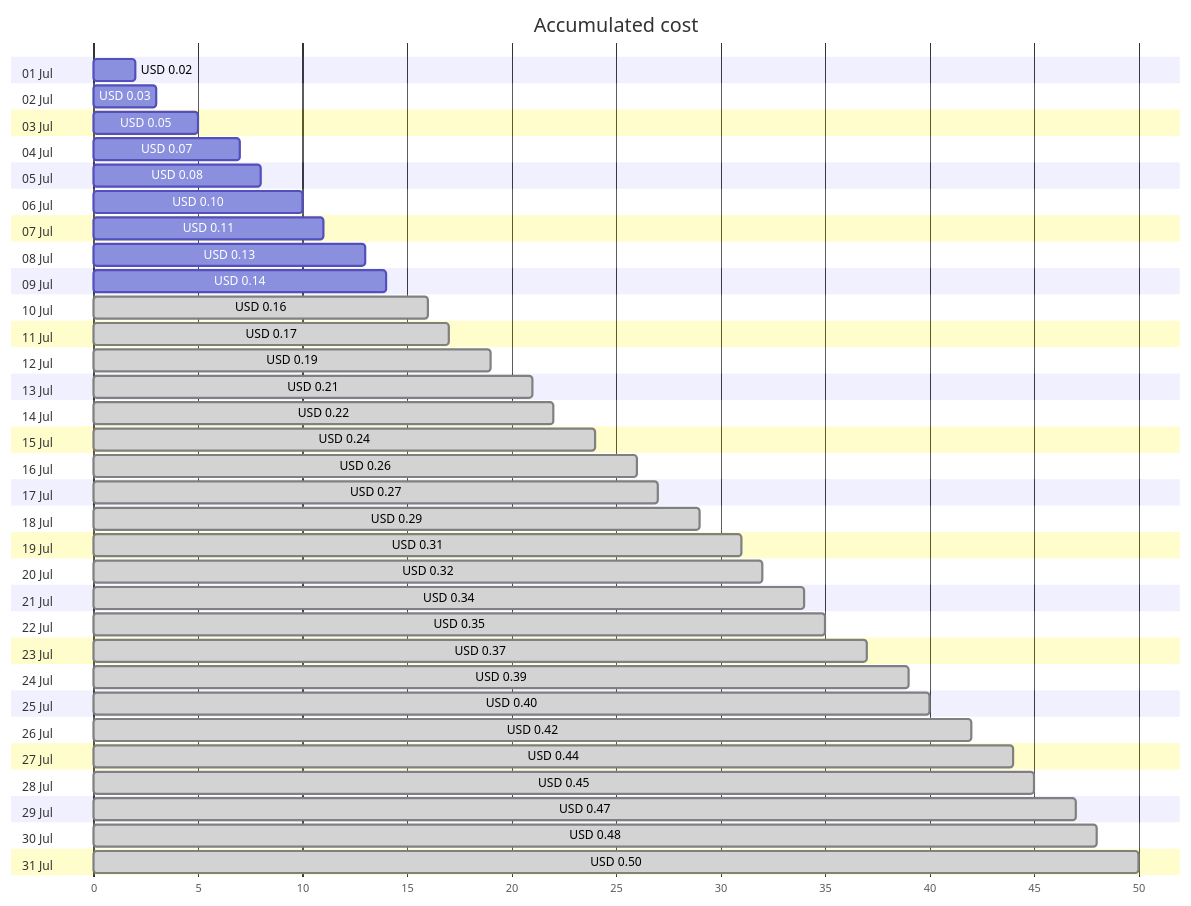
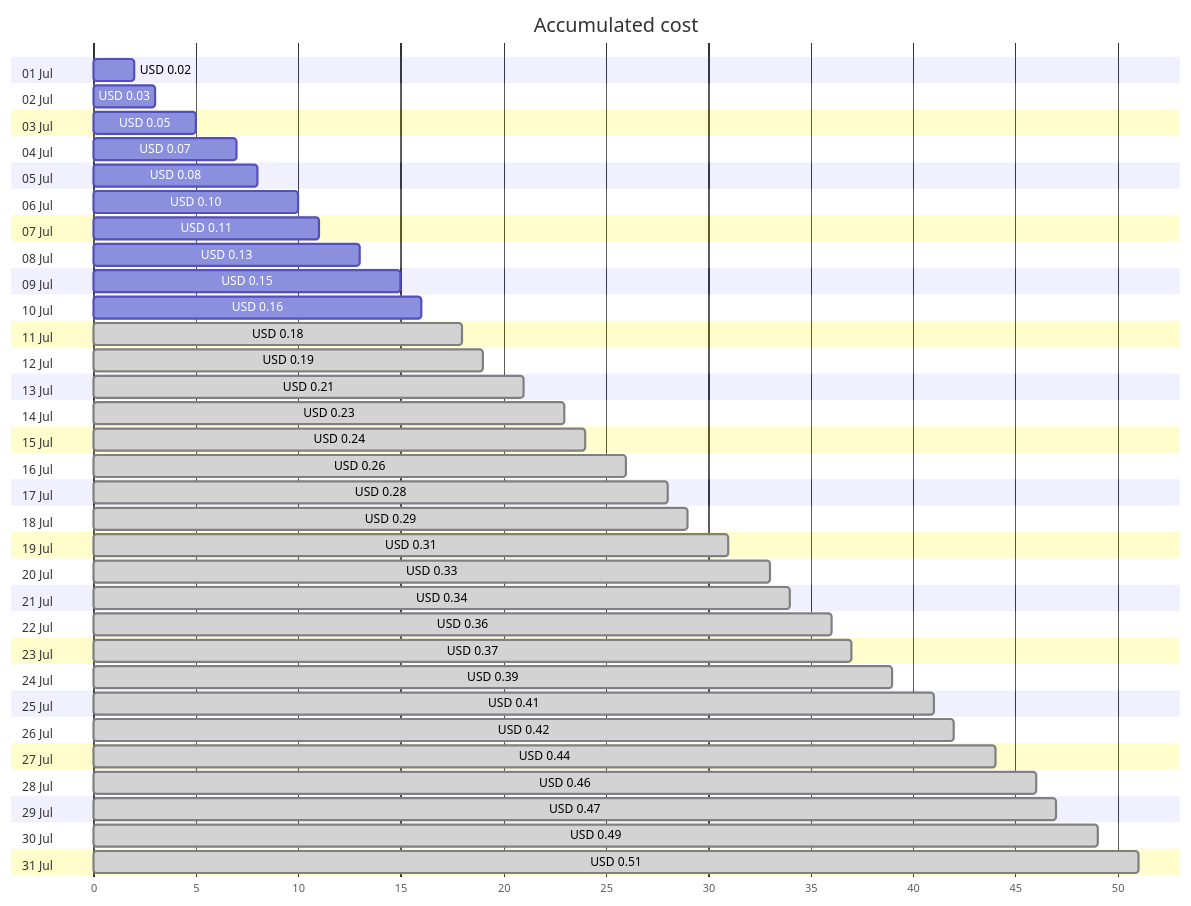
Before and after one commit to jpfulton/azure-personal-reports: the first of 4 diagrams in cost-reports/personal-dns/jpatrickfulton.com.md, drawn with Mermaid. The commit also changed other lines of this file and 2 other files, not shown here.

Commit message:
Generated reports [skip ci]

````diff
--- a/cost-reports/personal-dns/jpatrickfulton.com.md
+++ b/cost-reports/personal-dns/jpatrickfulton.com.md
@@ -20,68 +20,68 @@
 ```mermaid
 gantt
    title Accumulated cost
    dateFormat  X
    axisFormat %s
    section 01 Jul
    USD 0.02 :0, 2
    section 02 Jul
    USD 0.03 :0, 3
    section 03 Jul
    USD 0.05 :0, 5
    section 04 Jul
    USD 0.07 :0, 7
    section 05 Jul
    USD 0.08 :0, 8
    section 06 Jul
    USD 0.10 :0, 10
    section 07 Jul
    USD 0.11 :0, 11
    section 08 Jul
    USD 0.13 :0, 13
    section 09 Jul
-   USD 0.14 :0, 14
+   USD 0.15 :0, 15
    section 10 Jul
-   USD 0.16 : done, 0, 16
+   USD 0.16 :0, 16
    section 11 Jul
-   USD 0.17 : done, 0, 17
+   USD 0.18 : done, 0, 18
    section 12 Jul
    USD 0.19 : done, 0, 19
    section 13 Jul
    USD 0.21 : done, 0, 21
    section 14 Jul
-   USD 0.22 : done, 0, 22
+   USD 0.23 : done, 0, 23
    section 15 Jul
    USD 0.24 : done, 0, 24
    section 16 Jul
    USD 0.26 : done, 0, 26
    section 17 Jul
-   USD 0.27 : done, 0, 27
+   USD 0.28 : done, 0, 28
    section 18 Jul
    USD 0.29 : done, 0, 29
    section 19 Jul
    USD 0.31 : done, 0, 31
    section 20 Jul
-   USD 0.32 : done, 0, 32
+   USD 0.33 : done, 0, 33
    section 21 Jul
    USD 0.34 : done, 0, 34
    section 22 Jul
-   USD 0.35 : done, 0, 35
+   USD 0.36 : done, 0, 36
    section 23 Jul
    USD 0.37 : done, 0, 37
    section 24 Jul
    USD 0.39 : done, 0, 39
    section 25 Jul
-   USD 0.40 : done, 0, 40
+   USD 0.41 : done, 0, 41
    section 26 Jul
    USD 0.42 : done, 0, 42
    section 27 Jul
    USD 0.44 : done, 0, 44
    section 28 Jul
-   USD 0.45 : done, 0, 45
+   USD 0.46 : done, 0, 46
    section 29 Jul
    USD 0.47 : done, 0, 47
    section 30 Jul
-   USD 0.48 : done, 0, 48
+   USD 0.49 : done, 0, 49
    section 31 Jul
-   USD 0.50 : done, 0, 50
+   USD 0.51 : done, 0, 51
 ```
````
